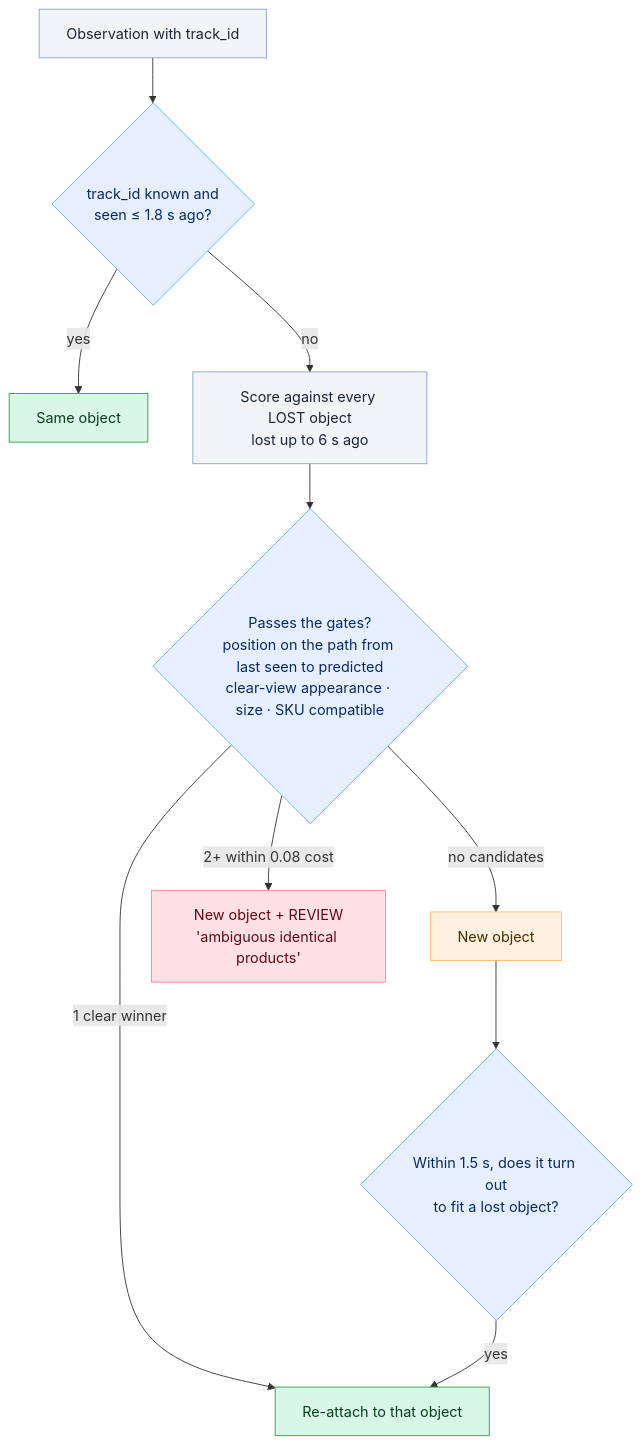
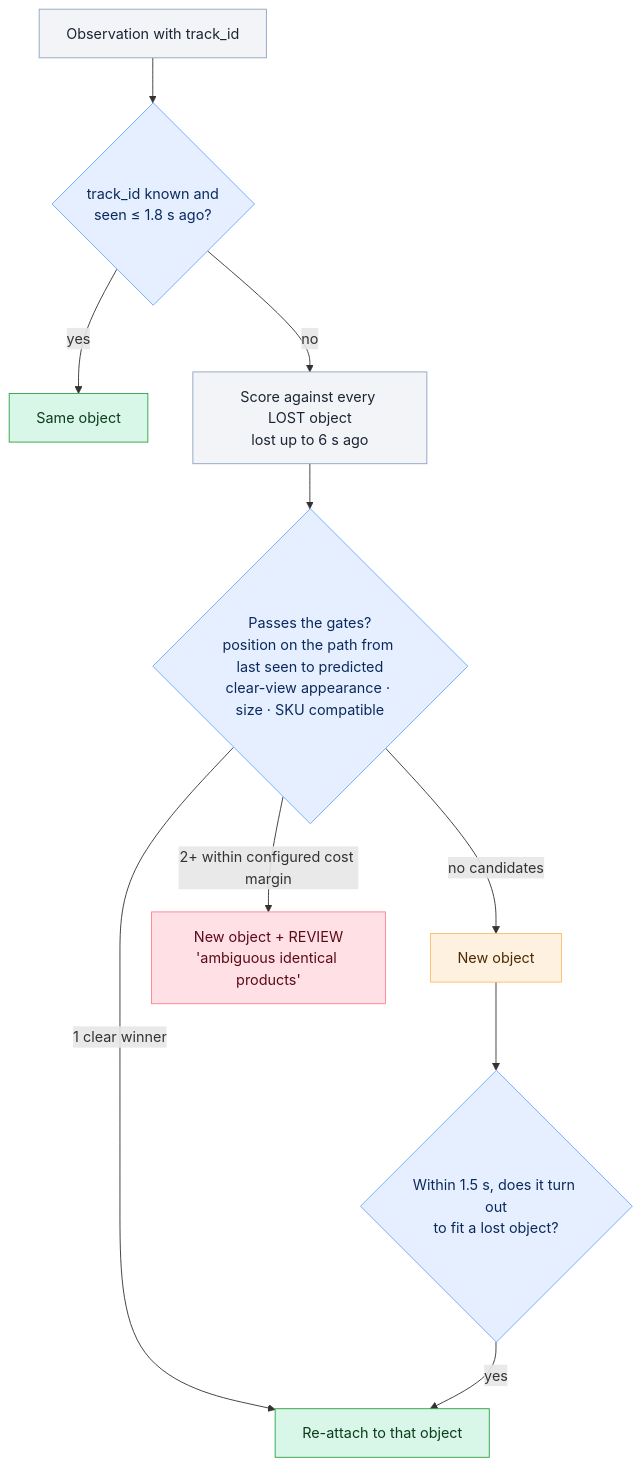
One commit to dangermos/ProPass changed the third of 4 diagrams in docs/vision.md. Above: the diagram before and after it, drawn with Mermaid. The commit also changed other lines of this file and 56 other files, not shown here.

````diff
--- a/docs/vision.md
+++ b/docs/vision.md
@@ -47,18 +97,18 @@
 ```mermaid
 flowchart TD
     A[Observation with track_id]:::n --> B{track_id known and<br/>seen ≤ 1.8 s ago?}:::q
     B -- yes --> K[Same object]:::good
     B -- no --> C[Score against every LOST object<br/>lost up to 6 s ago]:::n
     C --> D{"Passes the gates?<br/>position on the path from last seen to predicted<br/>clear-view appearance · size · SKU compatible"}:::q
     D -- "no candidates" --> N[New object]:::warn
     D -- "1 clear winner" --> R[Re-attach to that object]:::good
-    D -- "2+ within 0.08 cost" --> X[New object + REVIEW<br/>'ambiguous identical products']:::bad
+    D -- "2+ within configured cost margin" --> X[New object + REVIEW<br/>'ambiguous identical products']:::bad
     N --> M{"Within 1.5 s, does it turn out<br/>to fit a lost object?"}:::q
     M -- yes --> R
 
     classDef n fill:#f2f4f8,stroke:#8fa3bf,color:#1b2533
     classDef q fill:#e6efff,stroke:#6aa8ff,color:#0b2a5c
     classDef good fill:#d9f7e8,stroke:#2ea043,color:#0b3d1d
     classDef warn fill:#fff1e0,stroke:#ffbb71,color:#4a2c00
     classDef bad fill:#ffe1e5,stroke:#ff8293,color:#5c0a17
 ```
````
